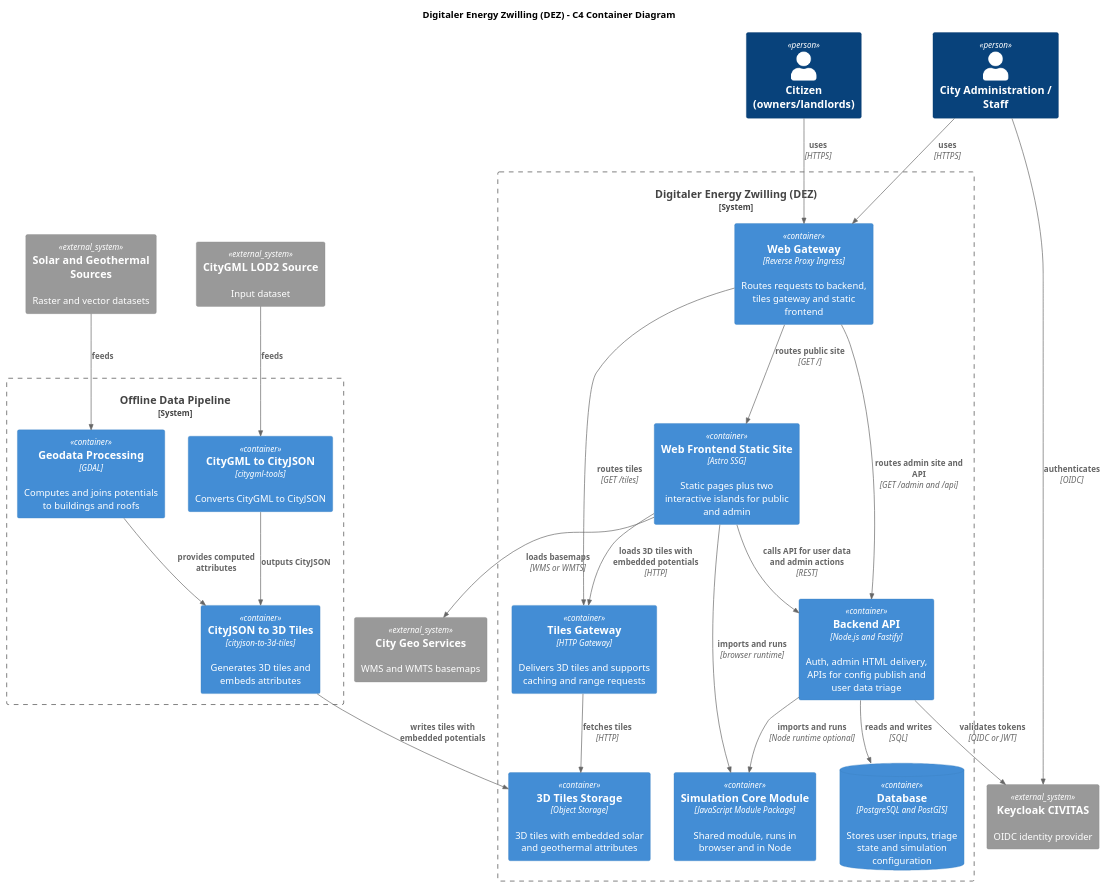
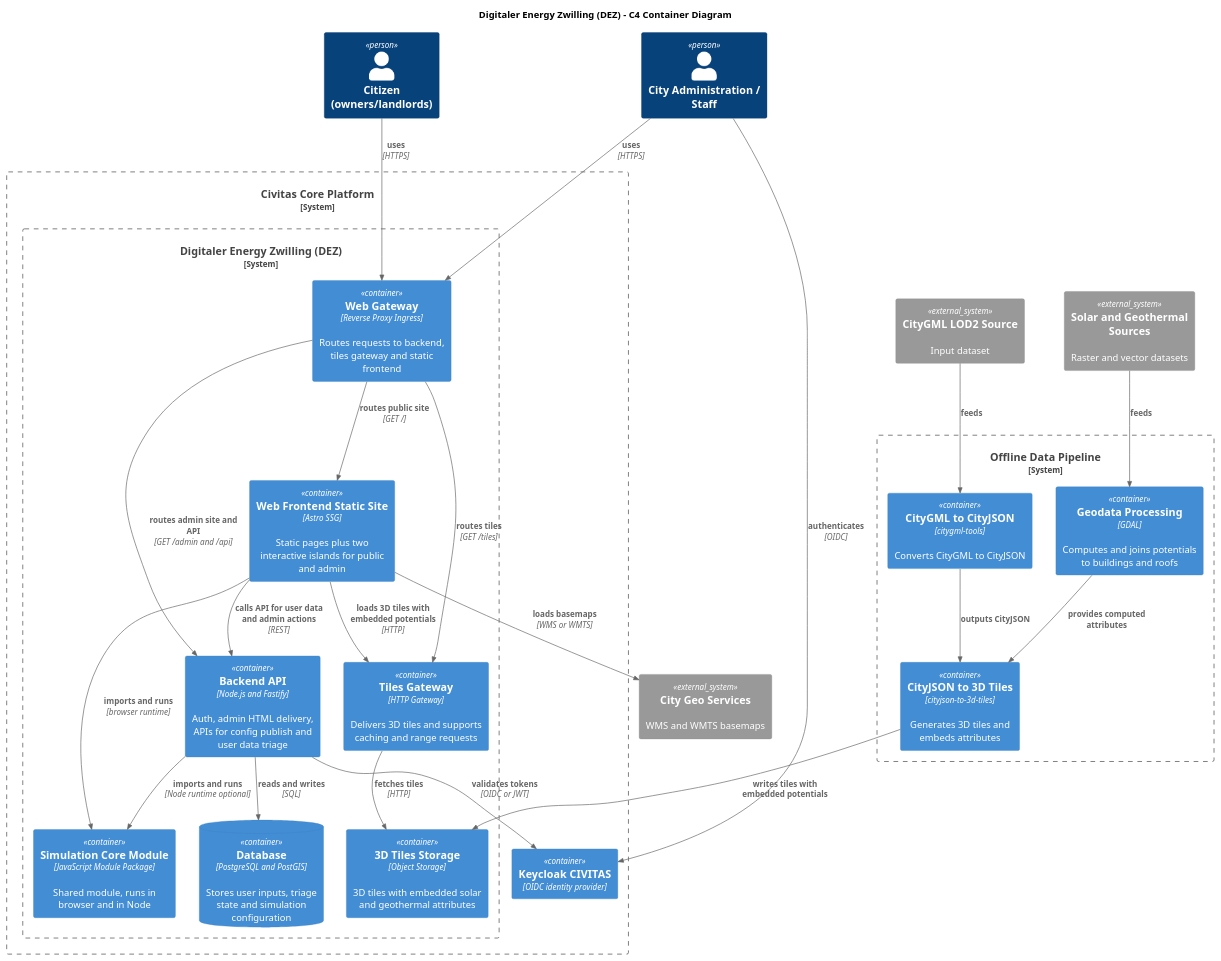
The diagram in docs/architecture/raw/c4-container.puml (csi-FOXBYTE/Regensburg_DigitalerEnergieZwilling_Backend), drawn with PlantUML before and after one commit. The commit also changed 25 other files, not shown here.

```diff
--- a/docs/architecture/raw/c4-container.puml
+++ b/docs/architecture/raw/c4-container.puml
@@ -1,63 +1,65 @@
 @startuml
 !includeurl https://raw.githubusercontent.com/plantuml-stdlib/C4-PlantUML/master/C4_Container.puml
 
 title Digitaler Energy Zwilling (DEZ) - C4 Container Diagram
 
 Person(citizen, "Citizen (owners/landlords)")
 Person(admin, "City Administration / Staff")
 
-System_Boundary(det, "Digitaler Energy Zwilling (DEZ)") {
+System_Boundary(civitas, "Civitas Core Platform") {
+  System_Boundary(det, "Digitaler Energy Zwilling (DEZ)") {
 
-  Container(gateway, "Web Gateway", "Reverse Proxy Ingress", "Routes requests to backend, tiles gateway and static frontend")
+    Container(gateway, "Web Gateway", "Reverse Proxy Ingress", "Routes requests to backend, tiles gateway and static frontend")
 
-  Container(frontend, "Web Frontend Static Site", "Astro SSG", "Static pages plus two interactive islands for public and admin")
+    Container(frontend, "Web Frontend Static Site", "Astro SSG", "Static pages plus two interactive islands for public and admin")
 
-  Container(backend, "Backend API", "Node.js and Fastify", "Auth, admin HTML delivery, APIs for config publish and user data triage")
+    Container(backend, "Backend API", "Node.js and Fastify", "Auth, admin HTML delivery, APIs for config publish and user data triage")
 
-  Container(simCore, "Simulation Core Module", "JavaScript Module Package", "Shared module, runs in browser and in Node")
+    Container(simCore, "Simulation Core Module", "JavaScript Module Package", "Shared module, runs in browser and in Node")
 
-  Container(tilesGw, "Tiles Gateway", "HTTP Gateway", "Delivers 3D tiles and supports caching and range requests")
-  Container(tilesStore, "3D Tiles Storage", "Object Storage", "3D tiles with embedded solar and geothermal attributes")
+    Container(tilesGw, "Tiles Gateway", "HTTP Gateway", "Delivers 3D tiles and supports caching and range requests")
+    Container(tilesStore, "3D Tiles Storage", "Object Storage", "3D tiles with embedded solar and geothermal attributes")
 
-  ContainerDb(db, "Database", "PostgreSQL and PostGIS", "Stores user inputs, triage state and simulation configuration")
+    ContainerDb(db, "Database", "PostgreSQL and PostGIS", "Stores user inputs, triage state and simulation configuration")
+  }
+
+  Container(idp, "Keycloak CIVITAS", "OIDC identity provider")
 }
-
-System_Ext(idp, "Keycloak CIVITAS", "OIDC identity provider")
 System_Ext(geo, "City Geo Services", "WMS and WMTS basemaps")
 
 System_Ext(citygml, "CityGML LOD2 Source", "Input dataset")
 System_Ext(potentials, "Solar and Geothermal Sources", "Raster and vector datasets")
 
 System_Boundary(pipeline, "Offline Data Pipeline") {
   Container(citygmlTools, "CityGML to CityJSON", "citygml-tools", "Converts CityGML to CityJSON")
   Container(gdal, "Geodata Processing", "GDAL", "Computes and joins potentials to buildings and roofs")
   Container(tilesConv, "CityJSON to 3D Tiles", "cityjson-to-3d-tiles", "Generates 3D tiles and embeds attributes")
 }
 
 Rel(citizen, gateway, "uses", "HTTPS")
 Rel(admin, gateway, "uses", "HTTPS")
 
 Rel(gateway, frontend, "routes public site", "GET /")
 Rel(gateway, backend, "routes admin site and API", "GET /admin and /api")
 Rel(gateway, tilesGw, "routes tiles", "GET /tiles")
 
 Rel(admin, idp, "authenticates", "OIDC")
 Rel(backend, idp, "validates tokens", "OIDC or JWT")
 
 Rel(frontend, simCore, "imports and runs", "browser runtime")
 Rel(backend, simCore, "imports and runs", "Node runtime optional")
 
 Rel(frontend, geo, "loads basemaps", "WMS or WMTS")
 Rel(frontend, tilesGw, "loads 3D tiles with embedded potentials", "HTTP")
 Rel(tilesGw, tilesStore, "fetches tiles", "HTTP")
 
 Rel(backend, db, "reads and writes", "SQL")
 Rel(frontend, backend, "calls API for user data and admin actions", "REST")
 
 Rel(citygml, citygmlTools, "feeds")
 Rel(potentials, gdal, "feeds")
 Rel(citygmlTools, tilesConv, "outputs CityJSON")
 Rel(gdal, tilesConv, "provides computed attributes")
 Rel(tilesConv, tilesStore, "writes tiles with embedded potentials")
 
 @enduml
```
